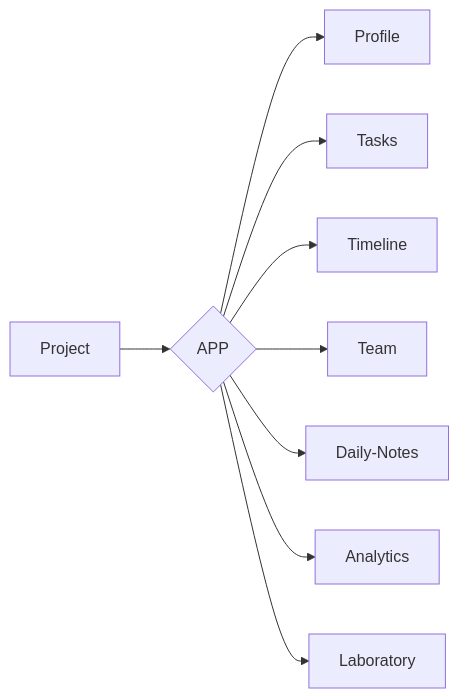
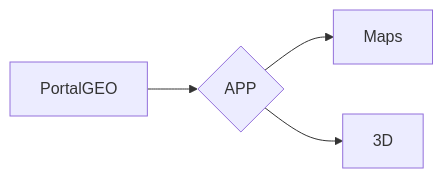
One commit to SauloCandeira/metaverse changed the diagram in readme.md. Above: the diagram before and after it, drawn with Mermaid.

````diff
--- a/readme.md
+++ b/readme.md
@@ -26,15 +26,9 @@
 ```mermaid
 flowchart LR
 
-B[Project]
+B[PortalGEO]
 
 B --> C{APP}
-C --> P[Profile]
-C --> J[Tasks]
-C --> K[Timeline]
-C --> L[Team]
-C --> M[Daily-Notes]
-C --> N[Analytics]
-C --> O[Laboratory]
-
+C --> P[Maps]
+C --> J[3D]
 ```
````
